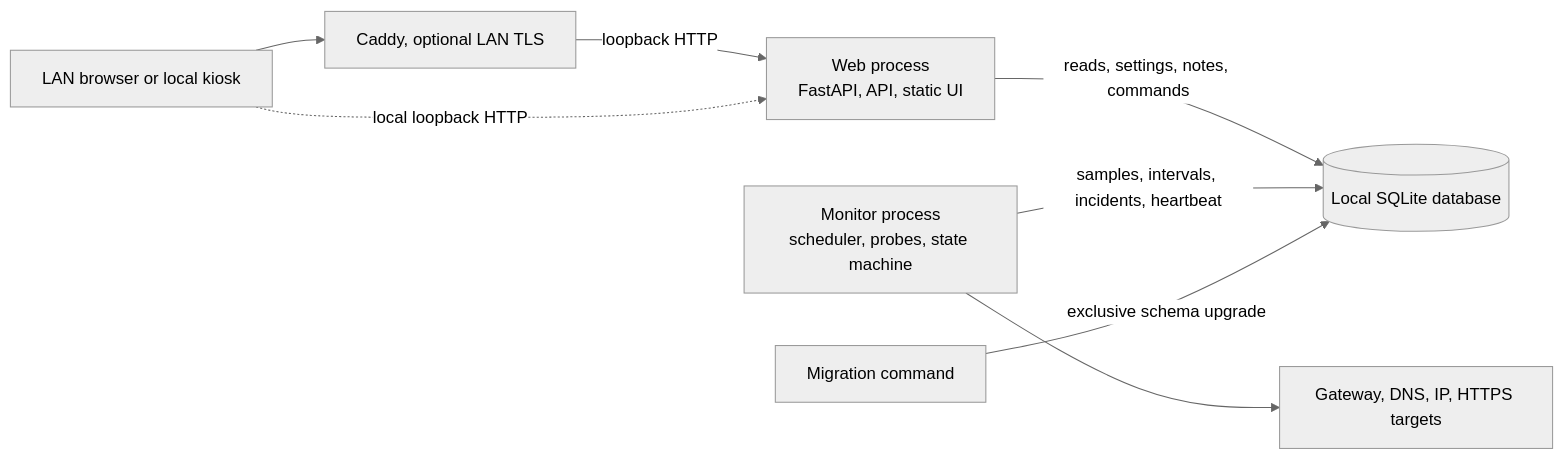
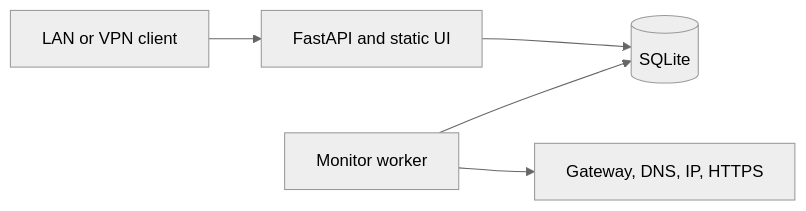
Before and after one commit to smyrnakis/raspi-network-monitor: the diagram in docs/architecture.md, drawn with Mermaid (neutral theme). The commit also changed other lines of this file and 62 other files, not shown here.

Commit message:
Implement Raspberry Pi network monitor V1

````diff
--- a/docs/architecture.md
+++ b/docs/architecture.md
@@ -28,18 +9,13 @@
 ```mermaid
 flowchart LR
-    Browser[LAN browser or local kiosk]
-    Proxy[Caddy, optional LAN TLS]
-    Web[Web process\nFastAPI, API, static UI]
-    DB[(Local SQLite database)]
-    Monitor[Monitor process\nscheduler, probes, state machine]
-    Network[Gateway, DNS, IP, HTTPS targets]
-    Migrate[Migration command]
+    Client[LAN or VPN client]
+    Web[FastAPI and static UI]
+    DB[(SQLite)]
+    Monitor[Monitor worker]
+    Targets[Gateway, DNS, IP, HTTPS]
 
-    Browser --> Proxy
-    Proxy -->|loopback HTTP| Web
-    Browser -.->|local loopback HTTP| Web
-    Web -->|reads, settings, notes, commands| DB
-    Monitor -->|samples, intervals, incidents, heartbeat| DB
-    Monitor --> Network
-    Migrate -->|exclusive schema upgrade| DB
+    Client --> Web
+    Web --> DB
+    Monitor --> DB
+    Monitor --> Targets
 ```
````
